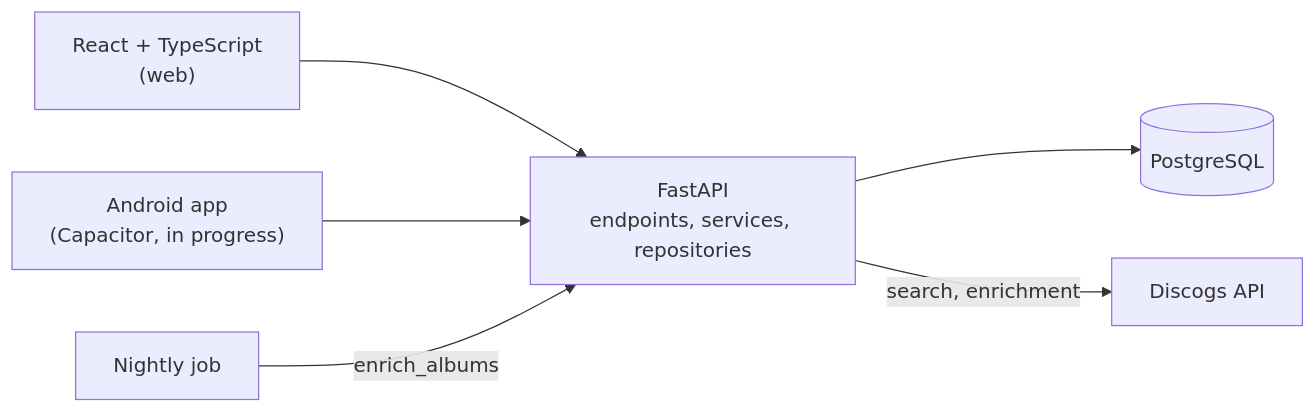
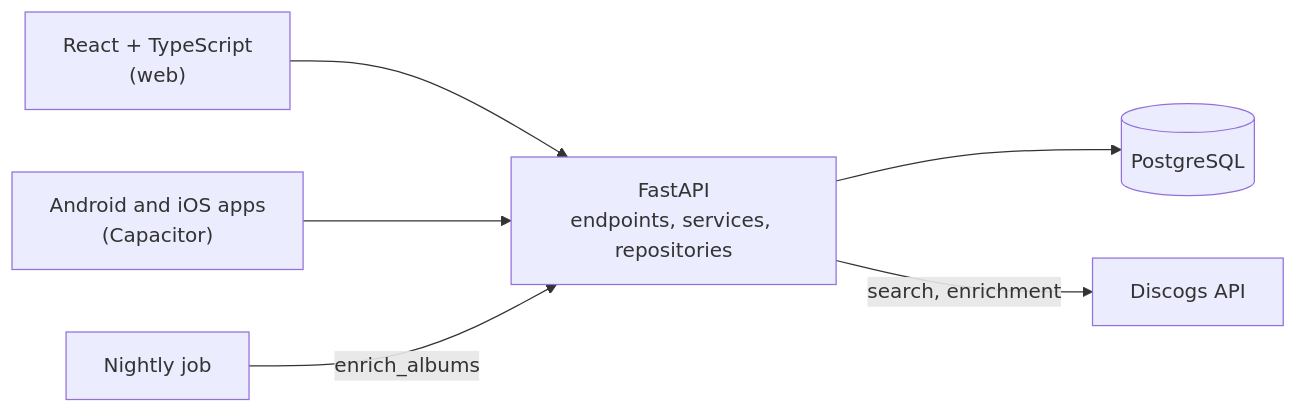
Before and after one commit to quentingenet/vinylkeeper: the first of 2 diagrams in README.md, drawn with Mermaid. The commit also changed other lines of this file, not shown here.

Commit message:
docs: README for the mobile apps, latest features and Discogs credits

````diff
--- a/README.md
+++ b/README.md
@@ -77,8 +77,8 @@
 ```mermaid
 flowchart LR
     Web["React + TypeScript<br/>(web)"] --> API
-    App["Android app<br/>(Capacitor, in progress)"] --> API
+    App["Android and iOS apps<br/>(Capacitor)"] --> API
     API["FastAPI<br/>endpoints, services, repositories"] --> DB[("PostgreSQL")]
     API -- "search, enrichment" --> Discogs["Discogs API"]
     Cron["Nightly job"] -- "enrich_albums" --> API
 ```
````
